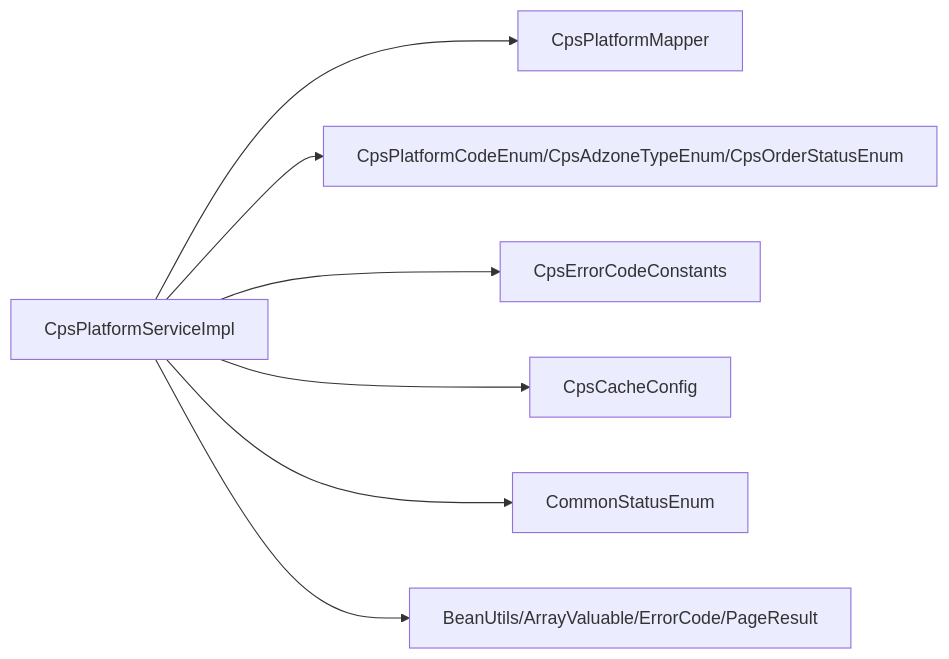
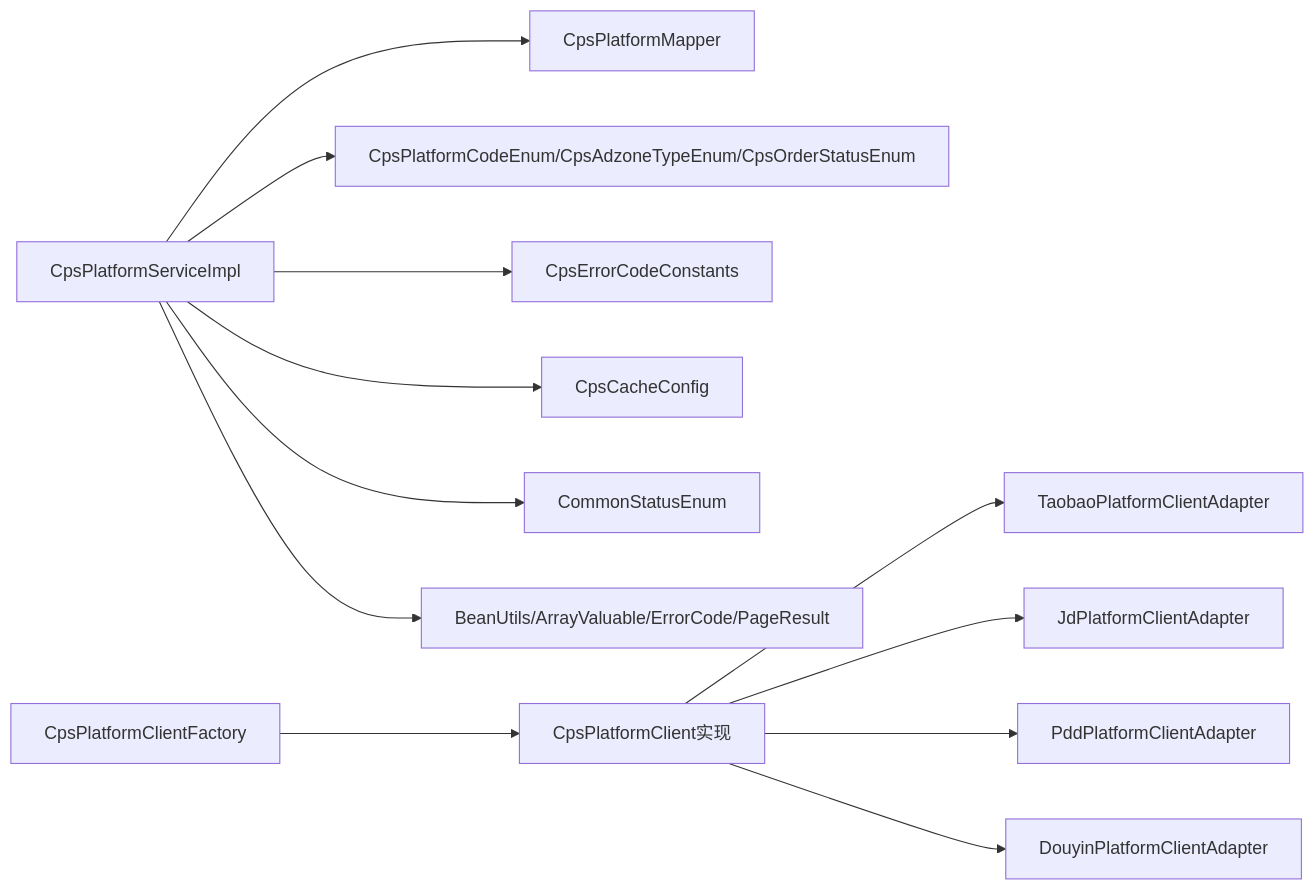
Before and after one commit to zhuangpengLI/AgenticCPS: the eighth of 8 diagrams in .qoder/repowiki/zh/content/后端服务架构/业务模块概览/CPS业务模块/平台适配器系统.md, drawn with Mermaid. The commit also changed other lines of this file and 42 other files, not shown here.

````diff
--- a/.qoder/repowiki/zh/content/后端服务架构/业务模块概览/CPS业务模块/平台适配器系统.md
+++ b/.qoder/repowiki/zh/content/后端服务架构/业务模块概览/CPS业务模块/平台适配器系统.md
@@ -305,9 +557,14 @@
 ```mermaid
 graph LR
 Svc["CpsPlatformServiceImpl"] --> Mapper["CpsPlatformMapper"]
 Svc --> Enum["CpsPlatformCodeEnum/CpsAdzoneTypeEnum/CpsOrderStatusEnum"]
 Svc --> Err["CpsErrorCodeConstants"]
 Svc --> Cache["CpsCacheConfig"]
 Svc --> Status["CommonStatusEnum"]
 Svc --> Utils["BeanUtils/ArrayValuable/ErrorCode/PageResult"]
+Factory["CpsPlatformClientFactory"] --> Client["CpsPlatformClient实现"]
+Client --> Taobao["TaobaoPlatformClientAdapter"]
+Client --> JD["JdPlatformClientAdapter"]
+Client --> PDD["PddPlatformClientAdapter"]
+Client --> DY["DouyinPlatformClientAdapter"]
 ```
````
